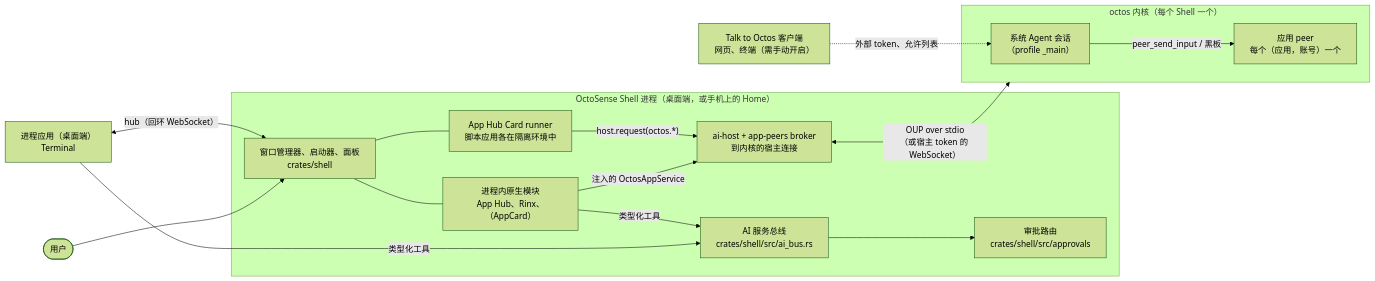
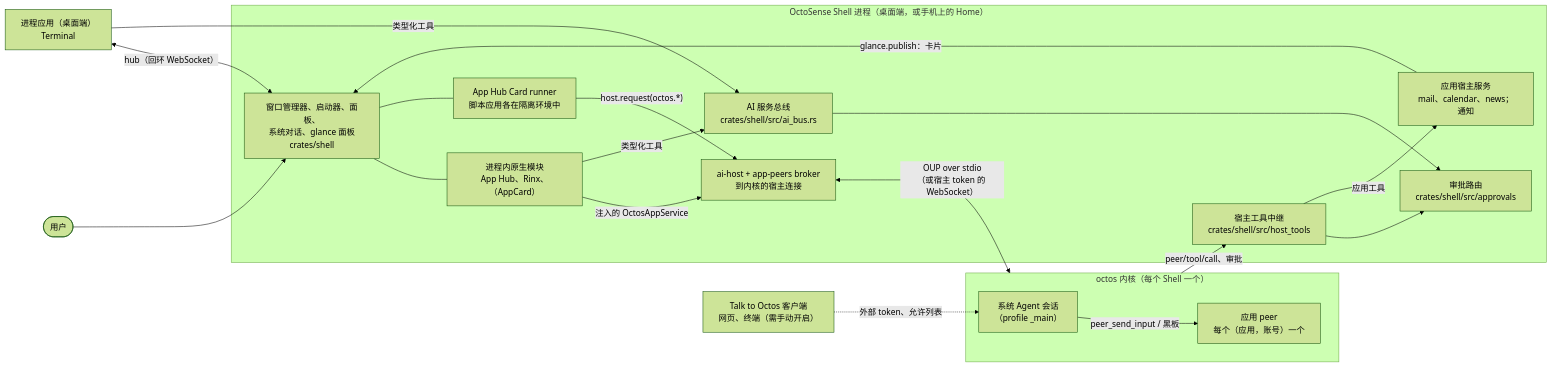
The first of 5 diagrams in docs/architecture.zh-CN.md (OctoSense-org/OctoSense), drawn with Mermaid (forest theme) before and after one commit. The commit also changed other lines of this file and 1 other file, not shown here.

First line of the commit message:
docs(architecture): bring the page up to main's code (on top of #275)

````diff
--- a/docs/architecture.zh-CN.md
+++ b/docs/architecture.zh-CN.md
@@ -37,30 +37,36 @@
 ```mermaid
 flowchart LR
   person(["用户"])
   subgraph shellp["OctoSense Shell 进程（桌面端，或手机上的 Home）"]
-    wm["窗口管理器、启动器、面板<br/>crates/shell"]
+    wm["窗口管理器、启动器、面板、<br/>系统对话、glance 面板<br/>crates/shell"]
     mods["进程内原生模块<br/>App Hub、Rinx、（AppCard）"]
     runner["App Hub Card runner<br/>脚本应用各在隔离环境中"]
     router["审批路由<br/>crates/shell/src/approvals"]
     aihost["ai-host + app-peers broker<br/>到内核的宿主连接"]
+    relay["宿主工具中继<br/>crates/shell/src/host_tools"]
+    svc["应用宿主服务<br/>mail、calendar、news；通知"]
     bus["AI 服务总线<br/>crates/shell/src/ai_bus.rs"]
   end
   term["进程应用（桌面端）<br/>Terminal"]
   subgraph kern["octos 内核（每个 Shell 一个）"]
     sys["系统 Agent 会话<br/>（profile _main）"]
     peers["应用 peer<br/>每个（应用，账号）一个"]
   end
   ext["Talk to Octos 客户端<br/>网页、终端（需手动开启）"]
   person --> wm
   wm --- mods
   wm --- runner
   term <-->|"hub（回环 WebSocket）"| wm
   mods -- "注入的 OctosAppService" --> aihost
   runner -- "host.request(octos.*)" --> aihost
   aihost <-->|"OUP over stdio<br/>（或宿主 token 的 WebSocket）"| kern
   sys -- "peer_send_input / 黑板" --> peers
   ext -. "外部 token、允许列表" .-> sys
+  kern -- "peer/tool/call、审批" --> relay
+  relay --> router
+  relay -- "应用工具" --> svc
+  svc -- "glance.publish：卡片" --> wm
   term -- "类型化工具" --> bus
   mods -- "类型化工具" --> bus
   bus --> router
 ```
````
